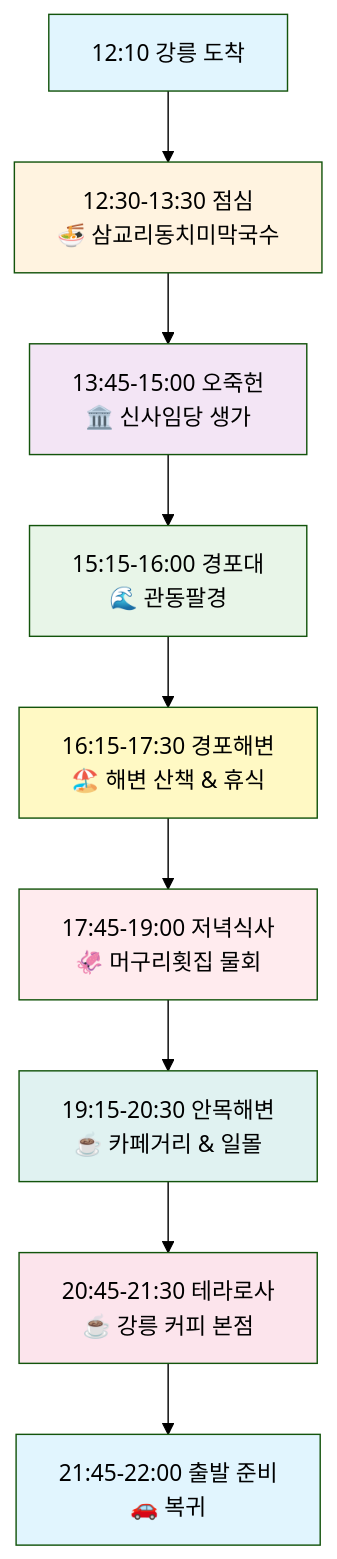
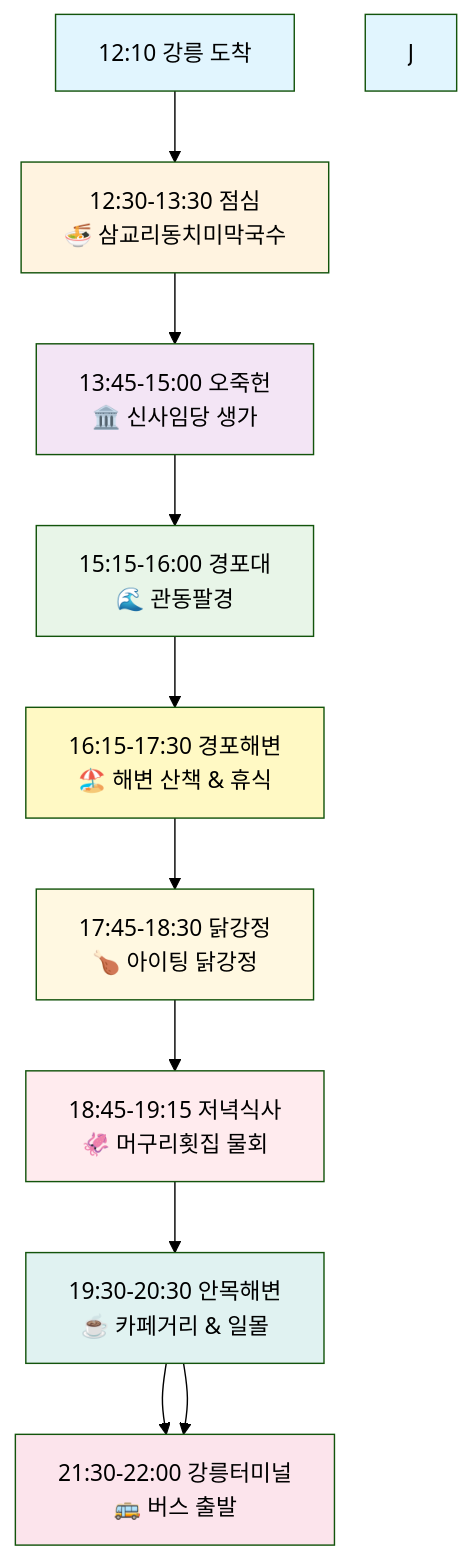
Before and after one commit to didghwns0514/matjib_search: the first of 6 diagrams in travel-course-mermaid.md, drawn with Mermaid (forest theme). The commit also changed other lines of this file and 3 other files, not shown here.

````diff
--- a/travel-course-mermaid.md
+++ b/travel-course-mermaid.md
@@ -5,21 +6,23 @@
 ```mermaid
 graph TD
     A[12:10 강릉 도착] --> B[12:30-13:30 점심<br/>🍜 삼교리동치미막국수]
     B --> C[13:45-15:00 오죽헌<br/>🏛️ 신사임당 생가]
     C --> D[15:15-16:00 경포대<br/>🌊 관동팔경]
     D --> E[16:15-17:30 경포해변<br/>🏖️ 해변 산책 & 휴식]
-    E --> F[17:45-19:00 저녁식사<br/>🦑 머구리횟집 물회]
-    F --> G[19:15-20:30 안목해변<br/>☕ 카페거리 & 일몰]
-    G --> H[20:45-21:30 테라로사<br/>☕ 강릉 커피 본점]
-    H --> I[21:45-22:00 출발 준비<br/>🚗 복귀]
+    E --> F[17:45-18:30 닭강정<br/>🍗 아이팅 닭강정]
+    F --> G[18:45-19:15 저녁식사<br/>🦑 머구리횟집 물회]
+    G --> H[19:30-20:30 안목해변<br/>☕ 카페거리 & 일몰]
+    H --> I[20:45-21:30 테라로사<br/>☕ 강릉 커피 본점]
+    H --> I[21:30-22:00 강릉터미널<br/>🚌 버스 출발]
 
     style A fill:#e1f5fe
     style B fill:#fff3e0
     style C fill:#f3e5f5
     style D fill:#e8f5e8
     style E fill:#fff9c4
-    style F fill:#ffebee
-    style G fill:#e0f2f1
-    style H fill:#fce4ec
-    style I fill:#e1f5fe
+    style F fill:#fff8e1
+    style G fill:#ffebee
+    style H fill:#e0f2f1
+    style I fill:#fce4ec
+    style J fill:#e1f5fe
 ```
````
